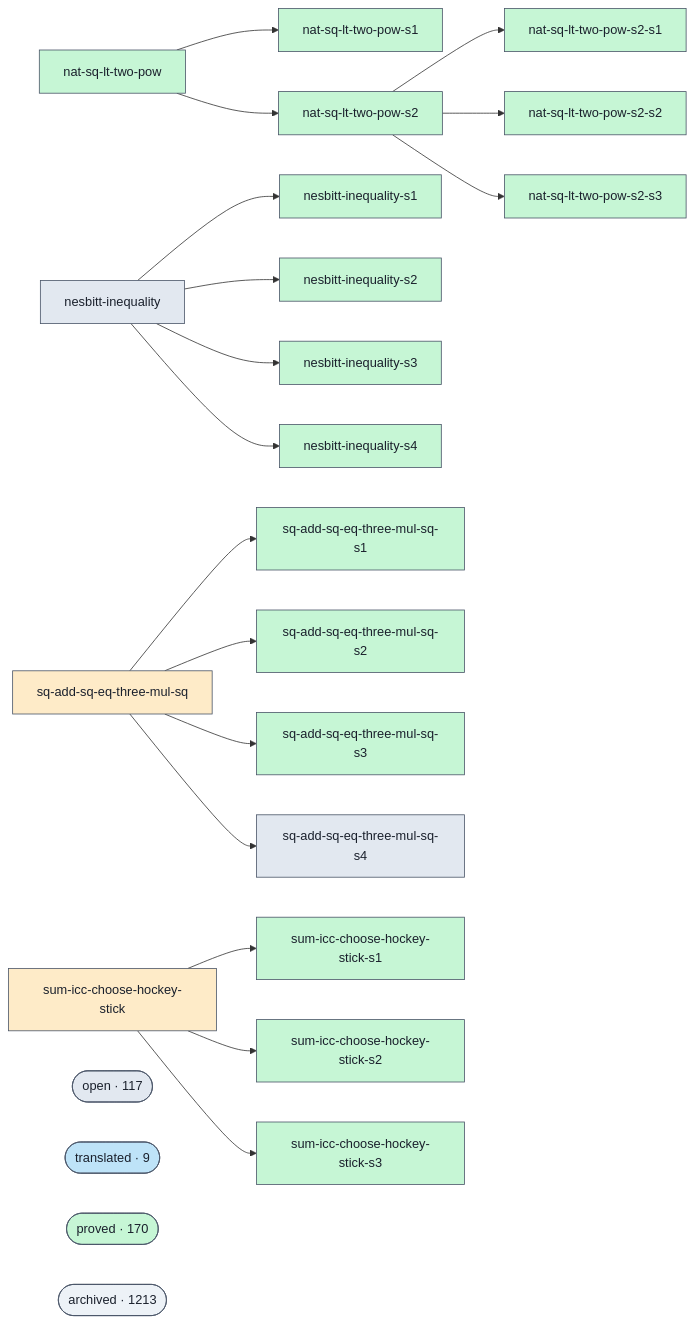
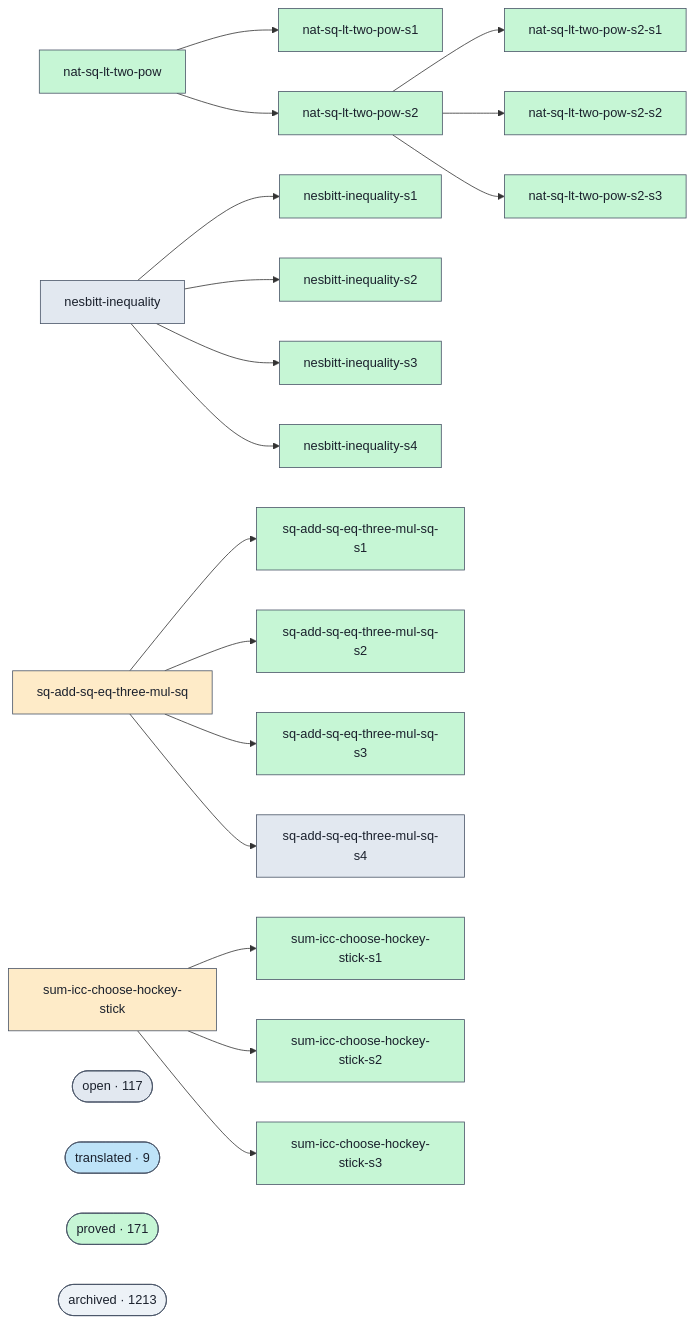
The diagram in docs/proofs-contributors-visualisation.md (ohdearquant/unsorry), drawn with Mermaid before and after one commit. The commit also changed other lines of this file and 2 other files, not shown here.

```diff
--- a/docs/proofs-contributors-visualisation.md
+++ b/docs/proofs-contributors-visualisation.md
@@ -102,7 +102,7 @@
   class cluster_open open;
   cluster_translated(["translated · 9"])
   class cluster_translated translated;
-  cluster_proved(["proved · 170"])
+  cluster_proved(["proved · 171"])
   class cluster_proved proved;
   cluster_archived(["archived · 1213"])
   class cluster_archived unknown;
```
